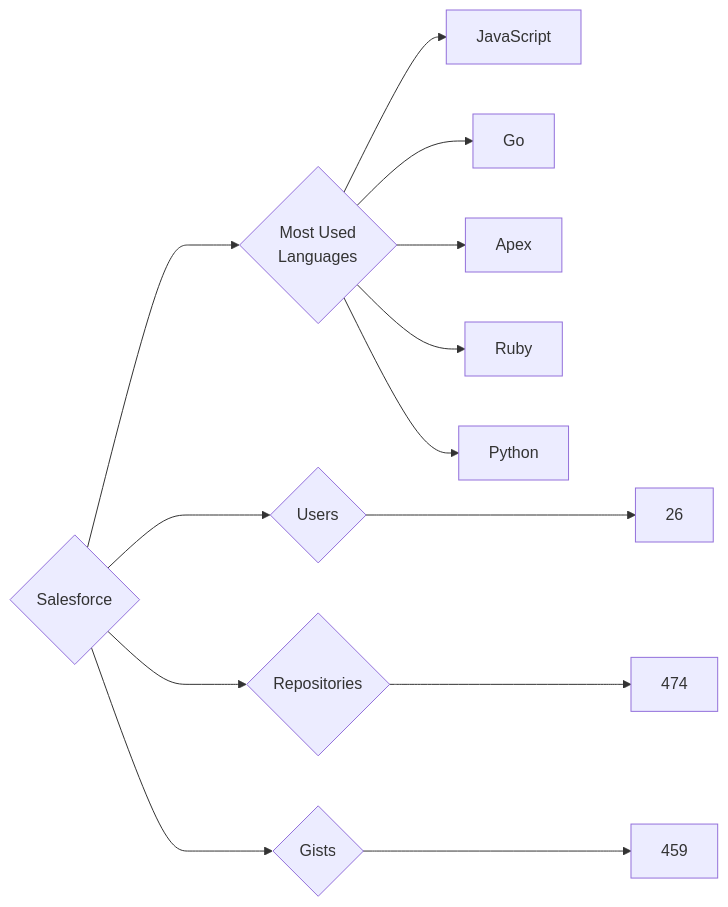
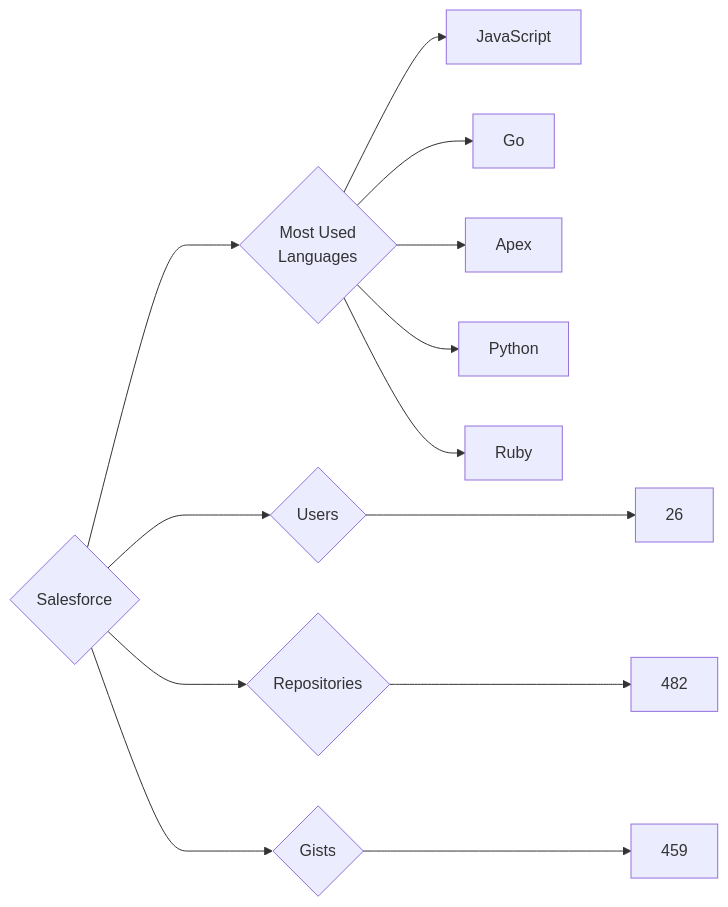
The diagram in targets/Salesforce/README.md (trickest/insiders), drawn with Mermaid before and after one commit. The commit also changed 939 other files, not shown here.

````diff
--- a/targets/Salesforce/README.md
+++ b/targets/Salesforce/README.md
@@ -3,13 +3,13 @@
 ```mermaid
 graph LR
 COMPANY_NAME{Salesforce}
 COMPANY_NAME ---> U{Users} ---> UN[26]
-COMPANY_NAME ---> R{Repositories} ---> RN[474]
+COMPANY_NAME ---> R{Repositories} ---> RN[482]
 COMPANY_NAME ---> G{Gists} ---> GN[459]
 COMPANY_NAME ---> ML{Most Used<br>Languages}
 ML --> JavaScript[JavaScript]
 ML --> Go[Go]
 ML --> Apex[Apex]
+ML --> Python[Python]
 ML --> Ruby[Ruby]
-ML --> Python[Python]
 ```
````
